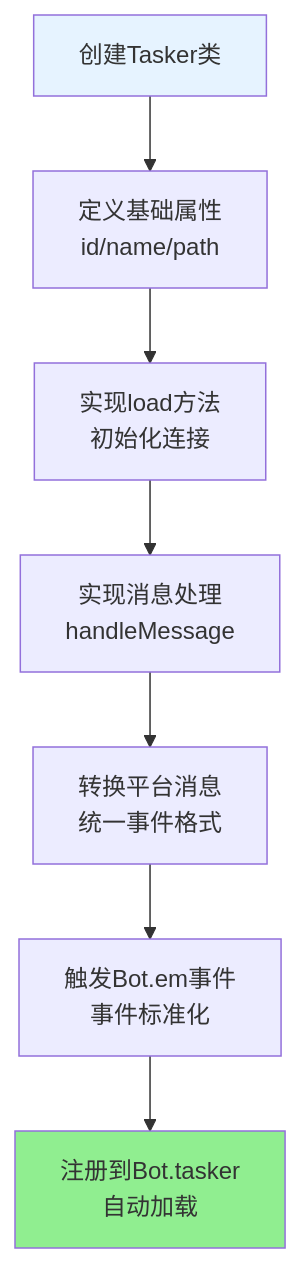
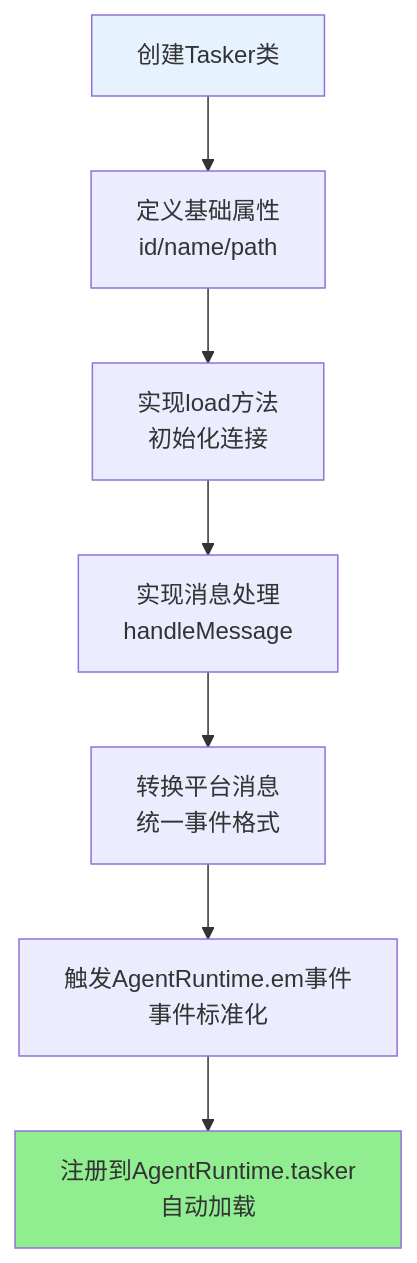
The third of 8 diagrams in docs/框架可扩展性指南.md (sunflowermm/XRK-AGT), drawn with Mermaid before and after one commit. The commit also changed other lines of this file and 315 other files, not shown here.

````diff
--- a/docs/框架可扩展性指南.md
+++ b/docs/框架可扩展性指南.md
@@ -465,12 +465,12 @@
 ```mermaid
 flowchart TB
     A["创建Tasker类"] --> B["定义基础属性<br/>id/name/path"]
     B --> C["实现load方法<br/>初始化连接"]
     C --> D["实现消息处理<br/>handleMessage"]
     D --> E["转换平台消息<br/>统一事件格式"]
-    E --> F["触发Bot.em事件<br/>事件标准化"]
-    F --> G["注册到Bot.tasker<br/>自动加载"]
+    E --> F["触发AgentRuntime.em事件<br/>事件标准化"]
+    F --> G["注册到AgentRuntime.tasker<br/>自动加载"]
     
     style A fill:#E6F3FF
     style G fill:#90EE90
 ```
````
